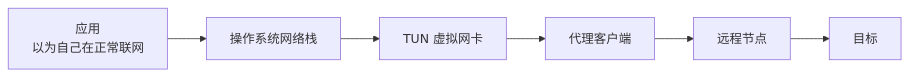
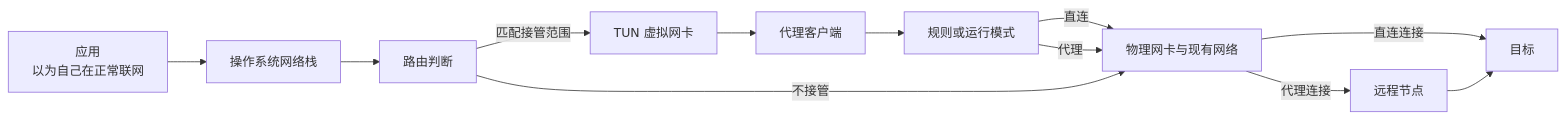
Before and after one commit to krx521920/krxstudy: the fourth of 6 diagrams in 01-软件开发基础/系统代理、VPN与端口.md, drawn with Mermaid. The commit also changed other lines of this file and 2 other files, not shown here.

```diff
--- a/01-软件开发基础/系统代理、VPN与端口.md
+++ b/01-软件开发基础/系统代理、VPN与端口.md
@@ -352,8 +394,14 @@
 ~~~mermaid
 flowchart LR
     App["应用<br/>以为自己在正常联网"] --> OS["操作系统网络栈"]
-    OS --> TUN["TUN 虚拟网卡"]
+    OS --> Route["路由判断"]
+    Route -->|匹配接管范围| TUN["TUN 虚拟网卡"]
     TUN --> Client["代理客户端"]
-    Client --> Node["远程节点"]
+    Client --> Policy["规则或运行模式"]
+    Policy -->|直连| NIC["物理网卡与现有网络"]
+    Policy -->|代理| NIC
+    NIC -->|直连连接| Site["目标"]
+    NIC -->|代理连接| Node["远程节点"]
     Node --> Site["目标"]
+    Route -->|不接管| NIC
 ~~~
```
